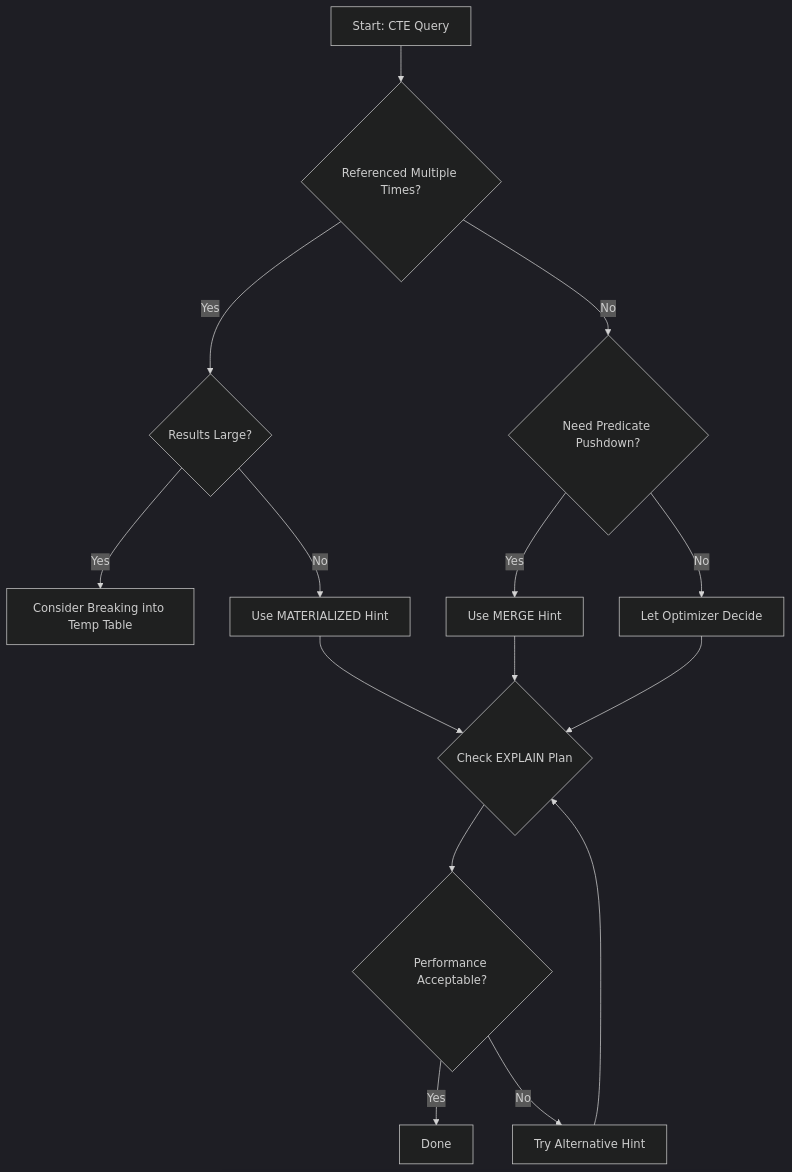
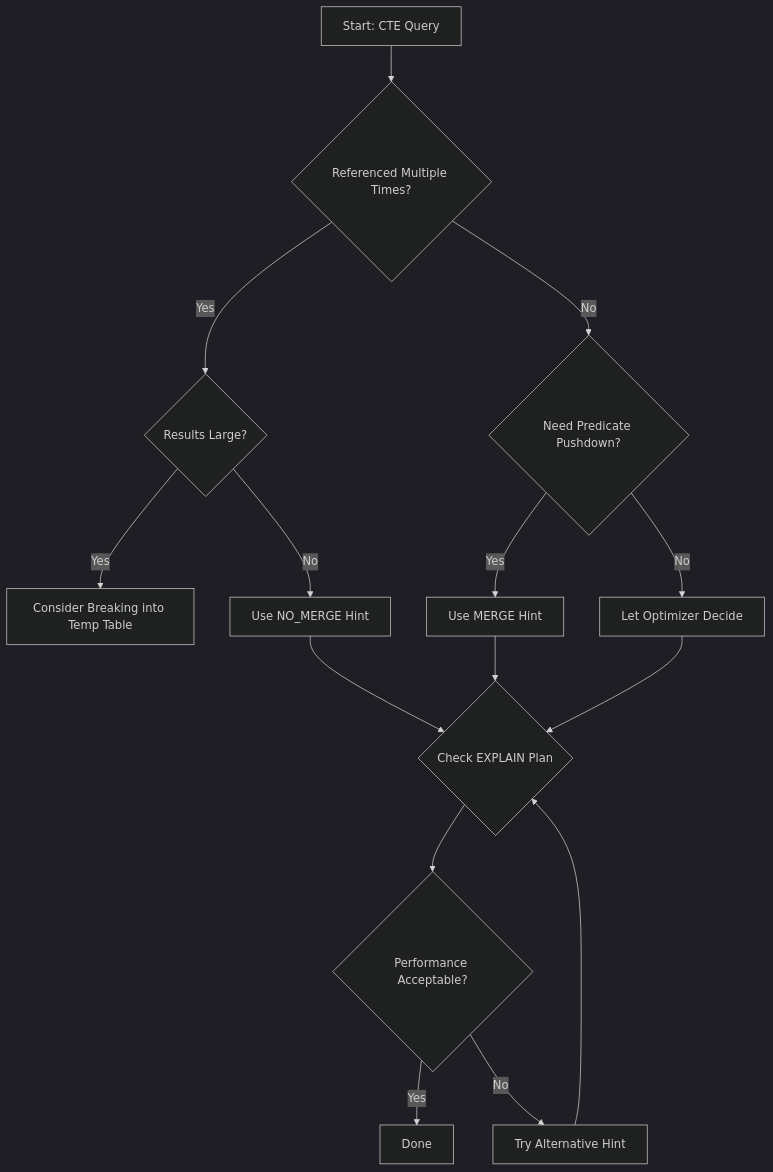
Before and after one commit to OneUptime/blog: the third of 3 diagrams in posts/2026-01-30-mysql-cte-optimization/README.md, drawn with Mermaid (dark theme). The commit also changed other lines of this file and 159 other files, not shown here.

````diff
--- a/posts/2026-01-30-mysql-cte-optimization/README.md
+++ b/posts/2026-01-30-mysql-cte-optimization/README.md
@@ -315,21 +315,21 @@
 ```mermaid
 flowchart TD
     A[Start: CTE Query] --> B{Referenced Multiple Times?}
     B -->|Yes| C{Results Large?}
     B -->|No| D{Need Predicate Pushdown?}
 
     C -->|Yes| E[Consider Breaking into Temp Table]
-    C -->|No| F[Use MATERIALIZED Hint]
+    C -->|No| F[Use NO_MERGE Hint]
 
     D -->|Yes| G[Use MERGE Hint]
     D -->|No| H[Let Optimizer Decide]
 
     F --> I{Check EXPLAIN Plan}
     G --> I
     H --> I
 
     I --> J{Performance Acceptable?}
     J -->|Yes| K[Done]
     J -->|No| L[Try Alternative Hint]
     L --> I
 ```
````
